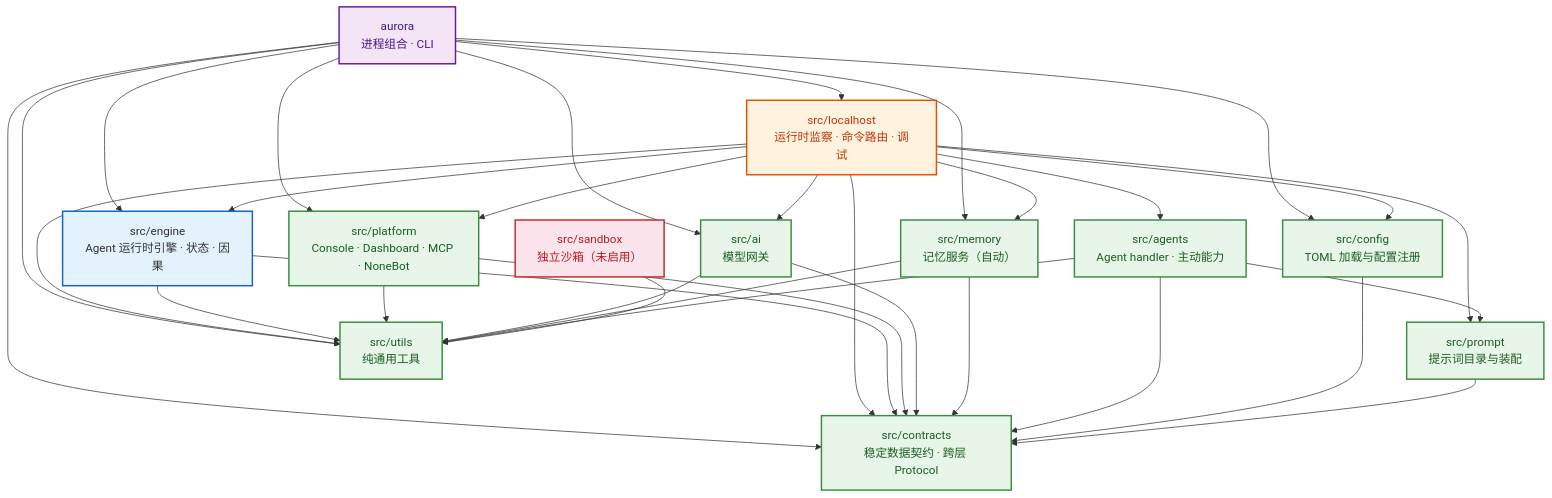
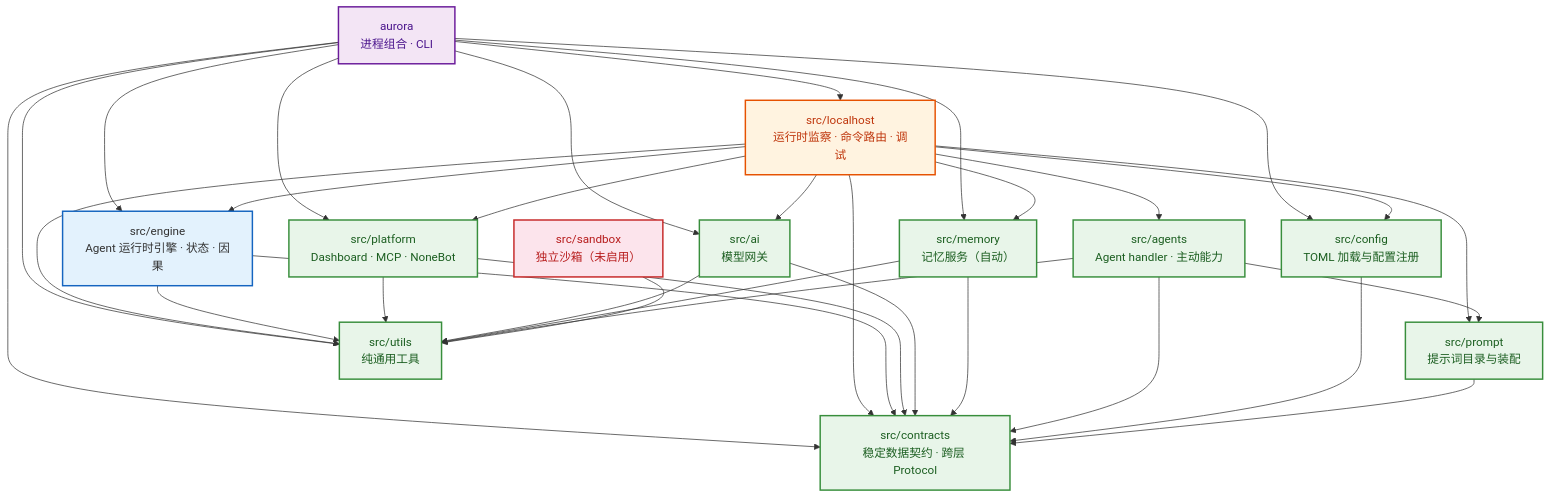
One commit to AuroraBot-Dev/AuroraBot changed the diagram in ARCHITECTURE.md. Above: the diagram before and after it, drawn with Mermaid. The commit also changed other lines of this file and 31 other files, not shown here.

First line of the commit message:
Refactor Console Platform: Remove platform abstraction and implement local console frontend

````diff
--- a/ARCHITECTURE.md
+++ b/ARCHITECTURE.md
@@ -112,67 +112,67 @@
 ```mermaid
 graph TD
     aurora["aurora<br/>进程组合 · CLI"]
     localhost["src/localhost<br/>运行时监察 · 命令路由 · 调试"]
     engine["src/engine<br/>Agent 运行时引擎 · 状态 · 因果"]
-    platform["src/platform<br/>Console · Dashboard · MCP · NoneBot"]
+    platform["src/platform<br/>Dashboard · MCP · NoneBot"]
     ai["src/ai<br/>模型网关"]
     memory["src/memory<br/>记忆服务（自动）"]
     agents["src/agents<br/>Agent handler · 主动能力"]
     config["src/config<br/>TOML 加载与配置注册"]
     prompt["src/prompt<br/>提示词目录与装配"]
     contracts["src/contracts<br/>稳定数据契约 · 跨层 Protocol"]
     utils["src/utils<br/>纯通用工具"]
     sandbox["src/sandbox<br/>独立沙箱（未启用）"]
 
     aurora --> engine
     aurora --> localhost
     aurora --> platform
     aurora --> ai
     aurora --> memory
     aurora --> config
     aurora --> contracts
     aurora --> utils
 
     localhost --> engine
     localhost --> platform
     localhost --> ai
     localhost --> memory
     localhost --> agents
     localhost --> config
     localhost --> prompt
     localhost --> contracts
     localhost --> utils
 
     engine --> contracts
     engine --> utils
 
     platform --> contracts
     platform --> utils
 
     ai --> contracts
     ai --> utils
 
     memory --> contracts
     memory --> utils
 
     agents --> prompt
     agents --> contracts
     agents --> utils
 
     config --> contracts
 
     prompt --> contracts
 
     sandbox --> utils
 
     classDef leaf fill:#e8f5e9,stroke:#388e3c,stroke-width:2px,color:#1b5e20
     classDef engine fill:#e3f2fd,stroke:#1565c0,stroke-width:2px,color:#0d47 a1
     classDef proc fill:#f3e5f5,stroke:#6a1b9a,stroke-width:2px,color:#4a148c
     classDef inspect fill:#fff3e0,stroke:#e65100,stroke-width:2px,color:#bf360c
     classDef iso fill:#fce4ec,stroke:#c62828,stroke-width:2px,color:#b71c1c
     class contracts,prompt,config,memory,ai,agents,platform,utils leaf
     class engine engine
     class aurora proc
     class localhost inspect
     class sandbox iso
 ```
````
